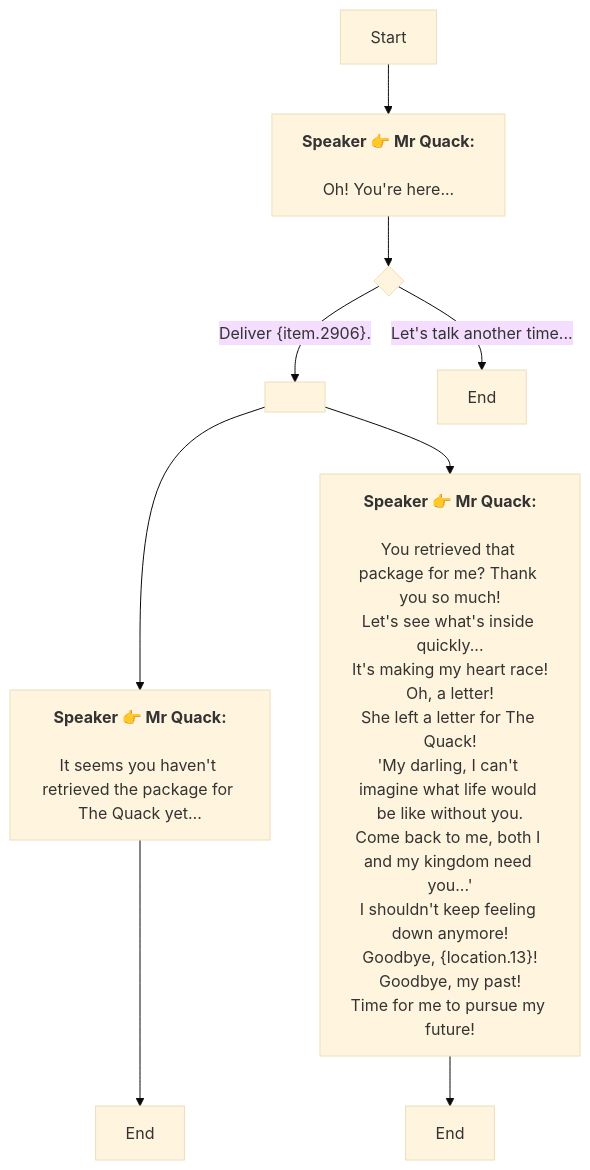
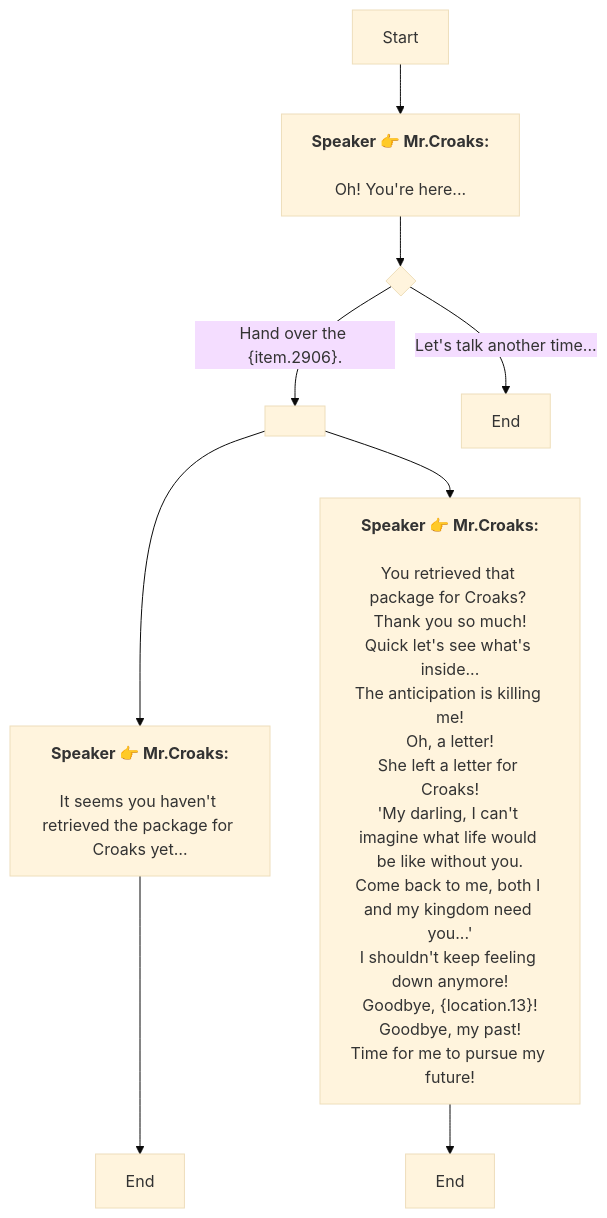
The diagram in En/QuestTalkObjectiveNode_1737569690574121.md (SoftHu/tos_avg), drawn with Mermaid (base theme) before and after one commit. The commit also changed 297 other files, not shown here.

````diff
--- a/En/QuestTalkObjectiveNode_1737569690574121.md
+++ b/En/QuestTalkObjectiveNode_1737569690574121.md
@@ -1,28 +1,28 @@
 ```mermaid
 graph
-Start -->1738900584411450[<b>Speaker 👉 Mr Quack:</b>
+Start -->1738900584411450[<b>Speaker 👉 Mr.Croaks:</b>
 
 Oh! You're here...]
 1738900584411450 -->1738900636464444{ }
-1738900636464444 -->|Deliver &lbrace;item.2906&rbrace;.|1738361726628956[ ]
+1738900636464444 -->|Hand over the &lbrace;item.2906&rbrace;.|1738361726628956[ ]
 1738900636464444 -->|Let's talk another time...|1738900772840769[End]
-1738361726628956 -->1737632949065013[<b>Speaker 👉 Mr Quack:</b>
+1738361726628956 -->1737632949065013[<b>Speaker 👉 Mr.Croaks:</b>
 
-It seems you haven't retrieved the package for The Quack yet…]
-1738361726628956 -->1737571406559532[<b>Speaker 👉 Mr Quack:</b>
+It seems you haven't retrieved the package for Croaks yet…]
+1738361726628956 -->1737571406559532[<b>Speaker 👉 Mr.Croaks:</b>
 
-You retrieved that package for me? Thank you so much!
-Let's see what's inside quickly...
-It's making my heart race!
+You retrieved that package for Croaks? Thank you so much!
+Quick let's see what's inside...
+The anticipation is killing me!
 Oh, a letter!
-She left a letter for The Quack!
+She left a letter for Croaks!
 'My darling, I can't imagine what life would be like without you.
 Come back to me, both I and my kingdom need you...'
 I shouldn't keep feeling down anymore!
 Goodbye, &lbrace;location.13&rbrace;!
 Goodbye, my past!
 Time for me to pursue my future!]
 1737632949065013 -->1738361774200925[End]
 1737571406559532 -->1737632572734770[End]
 
  ```
````
